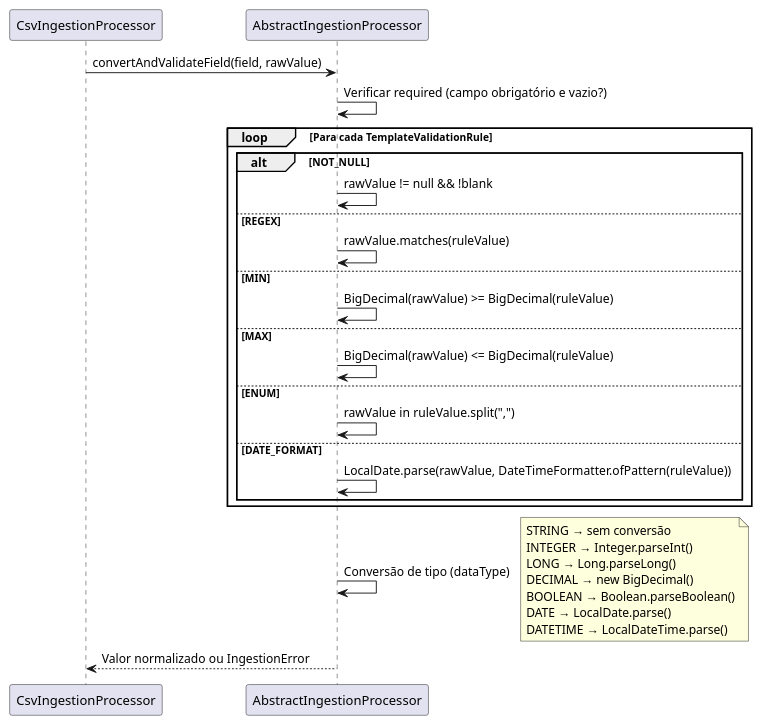
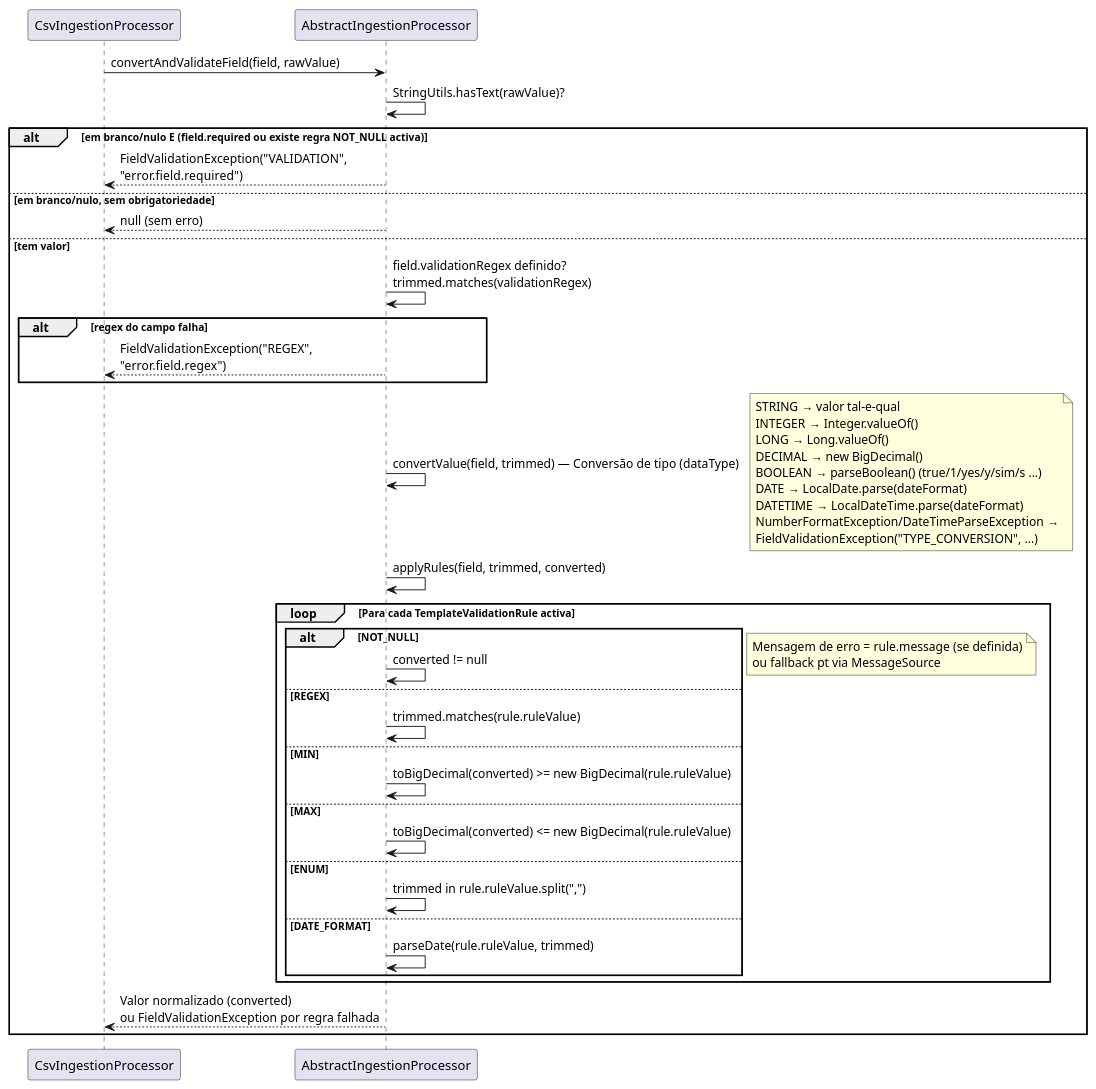
One commit to paulo-uab/salesPrevision changed the diagram in docs/plantuml/09-sequence-validation-flow.puml. Above: the diagram before and after it, drawn with PlantUML. The commit also changed 48 other files, not shown here.

```diff
--- a/docs/plantuml/09-sequence-validation-flow.puml
+++ b/docs/plantuml/09-sequence-validation-flow.puml
@@ -1,29 +1,41 @@
 @startuml validation-flow
 participant "CsvIngestionProcessor" as CSV
 participant "AbstractIngestionProcessor" as ABS
 
 CSV -> ABS : convertAndValidateField(field, rawValue)
 
-ABS -> ABS : Verificar required (campo obrigatório e vazio?)
+ABS -> ABS : StringUtils.hasText(rawValue)?
+alt em branco/nulo E (field.required ou existe regra NOT_NULL activa)
+  ABS --> CSV : FieldValidationException("VALIDATION",\n"error.field.required")
+else em branco/nulo, sem obrigatoriedade
+  ABS --> CSV : null (sem erro)
+else tem valor
+  ABS -> ABS : field.validationRegex definido?\ntrimmed.matches(validationRegex)
+  alt regex do campo falha
+    ABS --> CSV : FieldValidationException("REGEX",\n"error.field.regex")
+  end
 
-loop Para cada TemplateValidationRule
-  alt NOT_NULL
-    ABS -> ABS : rawValue != null && !blank
-  else REGEX
-    ABS -> ABS : rawValue.matches(ruleValue)
-  else MIN
-    ABS -> ABS : BigDecimal(rawValue) >= BigDecimal(ruleValue)
-  else MAX
-    ABS -> ABS : BigDecimal(rawValue) <= BigDecimal(ruleValue)
-  else ENUM
-    ABS -> ABS : rawValue in ruleValue.split(",")
-  else DATE_FORMAT
-    ABS -> ABS : LocalDate.parse(rawValue, DateTimeFormatter.ofPattern(ruleValue))
+  ABS -> ABS : convertValue(field, trimmed) — Conversão de tipo (dataType)
+  note right: STRING → valor tal-e-qual\nINTEGER → Integer.valueOf()\nLONG → Long.valueOf()\nDECIMAL → new BigDecimal()\nBOOLEAN → parseBoolean() (true/1/yes/y/sim/s ...)\nDATE → LocalDate.parse(dateFormat)\nDATETIME → LocalDateTime.parse(dateFormat)\nNumberFormatException/DateTimeParseException →\nFieldValidationException("TYPE_CONVERSION", ...)
+
+  ABS -> ABS : applyRules(field, trimmed, converted)
+  loop Para cada TemplateValidationRule activa
+    alt NOT_NULL
+      ABS -> ABS : converted != null
+    else REGEX
+      ABS -> ABS : trimmed.matches(rule.ruleValue)
+    else MIN
+      ABS -> ABS : toBigDecimal(converted) >= new BigDecimal(rule.ruleValue)
+    else MAX
+      ABS -> ABS : toBigDecimal(converted) <= new BigDecimal(rule.ruleValue)
+    else ENUM
+      ABS -> ABS : trimmed in rule.ruleValue.split(",")
+    else DATE_FORMAT
+      ABS -> ABS : parseDate(rule.ruleValue, trimmed)
+    end
+    note right: Mensagem de erro = rule.message (se definida)\nou fallback pt via MessageSource
   end
+
+  ABS --> CSV : Valor normalizado (converted)\nou FieldValidationException por regra falhada
 end
-
-ABS -> ABS : Conversão de tipo (dataType)
-note right: STRING → sem conversão\nINTEGER → Integer.parseInt()\nLONG → Long.parseLong()\nDECIMAL → new BigDecimal()\nBOOLEAN → Boolean.parseBoolean()\nDATE → LocalDate.parse()\nDATETIME → LocalDateTime.parse()
-
-ABS --> CSV : Valor normalizado ou IngestionError
 @enduml
```
